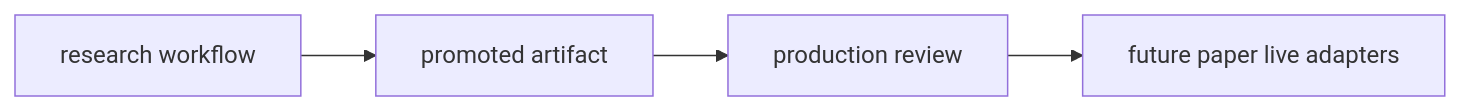
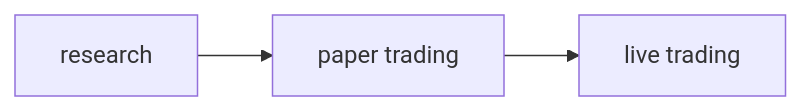
One commit to blechturm/ledgr changed the first of 2 diagrams in vignettes/research-to-production.qmd. Above: the diagram before and after it, drawn with Mermaid. The commit also changed other lines of this file and 15 other files, not shown here.

````diff
--- a/vignettes/research-to-production.qmd
+++ b/vignettes/research-to-production.qmd
@@ -60,11 +43,10 @@
 ```{mermaid}
 %%| echo: false
 
 flowchart LR
-  research["research workflow"]
-  artifact["promoted artifact"]
-  review["production review"]
-  future["future paper live adapters"]
+  research["research"]
+  paper["paper trading"]
+  live["live trading"]
 
-  research --> artifact --> review --> future
+  research --> paper --> live
 ```
````
